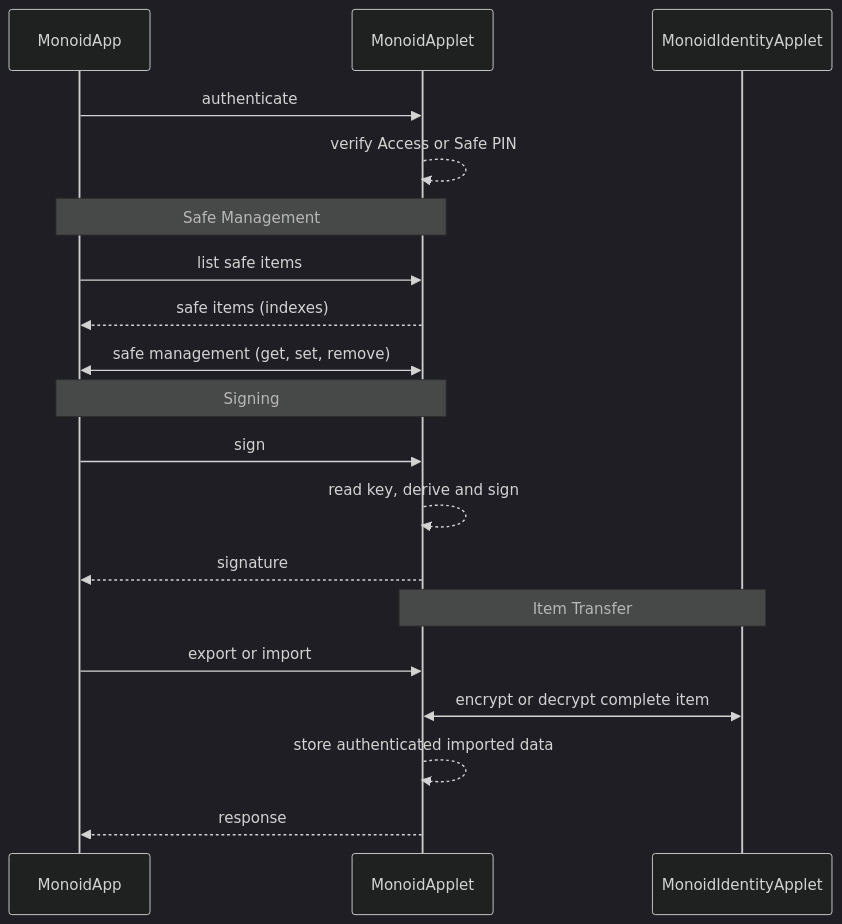
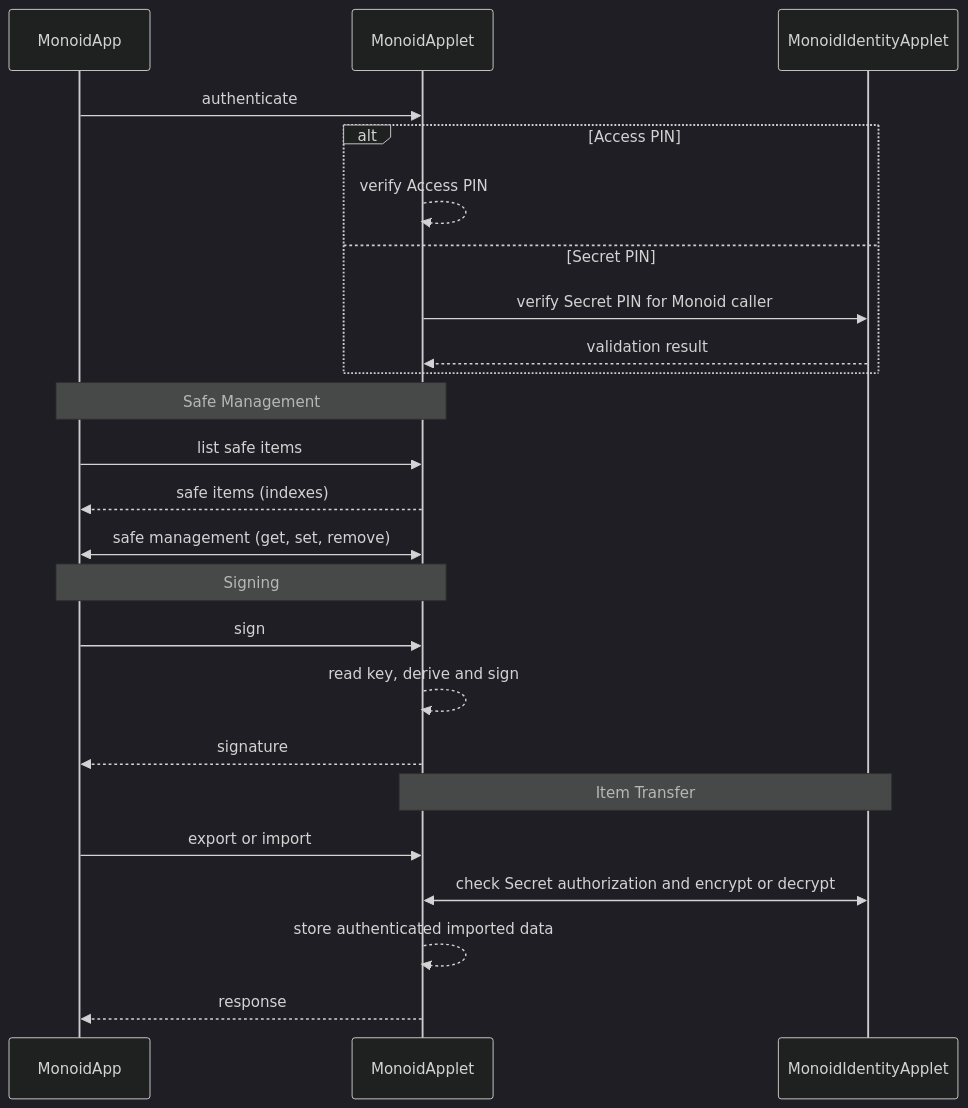
One commit to vilicvane/monoid-javacard changed the diagram in doc/architecture.md. Above: the diagram before and after it, drawn with Mermaid (dark theme). The commit also changed other lines of this file and 57 other files, not shown here.

First line of the commit message:
monoid: secure bundle recovery and harden secret state

````diff
--- a/doc/architecture.md
+++ b/doc/architecture.md
@@ -43,28 +45,33 @@
 ```mermaid
 sequenceDiagram
     participant MonoidApp
     participant MonoidApplet
     participant MonoidIdentityApplet
 
     MonoidApp ->> MonoidApplet: authenticate
-    MonoidApplet -->> MonoidApplet: verify Access or Safe PIN
+    alt Access PIN
+        MonoidApplet -->> MonoidApplet: verify Access PIN
+    else Secret PIN
+        MonoidApplet ->> MonoidIdentityApplet: verify Secret PIN for Monoid caller
+        MonoidIdentityApplet -->> MonoidApplet: validation result
+    end
 
     note over MonoidApp, MonoidApplet: Safe Management
 
     MonoidApp ->> MonoidApplet: list safe items
     MonoidApplet -->> MonoidApp: safe items (indexes)
     MonoidApp <<->> MonoidApplet: safe management (get, set, remove)
 
     note over MonoidApp, MonoidApplet: Signing
 
     MonoidApp ->> MonoidApplet: sign
     MonoidApplet -->> MonoidApplet: read key, derive and sign
     MonoidApplet -->> MonoidApp: signature
 
     note over MonoidApplet, MonoidIdentityApplet: Item Transfer
 
     MonoidApp ->> MonoidApplet: export or import
-    MonoidApplet <<->> MonoidIdentityApplet: encrypt or decrypt complete item
+    MonoidApplet <<->> MonoidIdentityApplet: check Secret authorization and encrypt or decrypt
     MonoidApplet -->> MonoidApplet: store authenticated imported data
     MonoidApplet -->> MonoidApp: response
 ```
````
